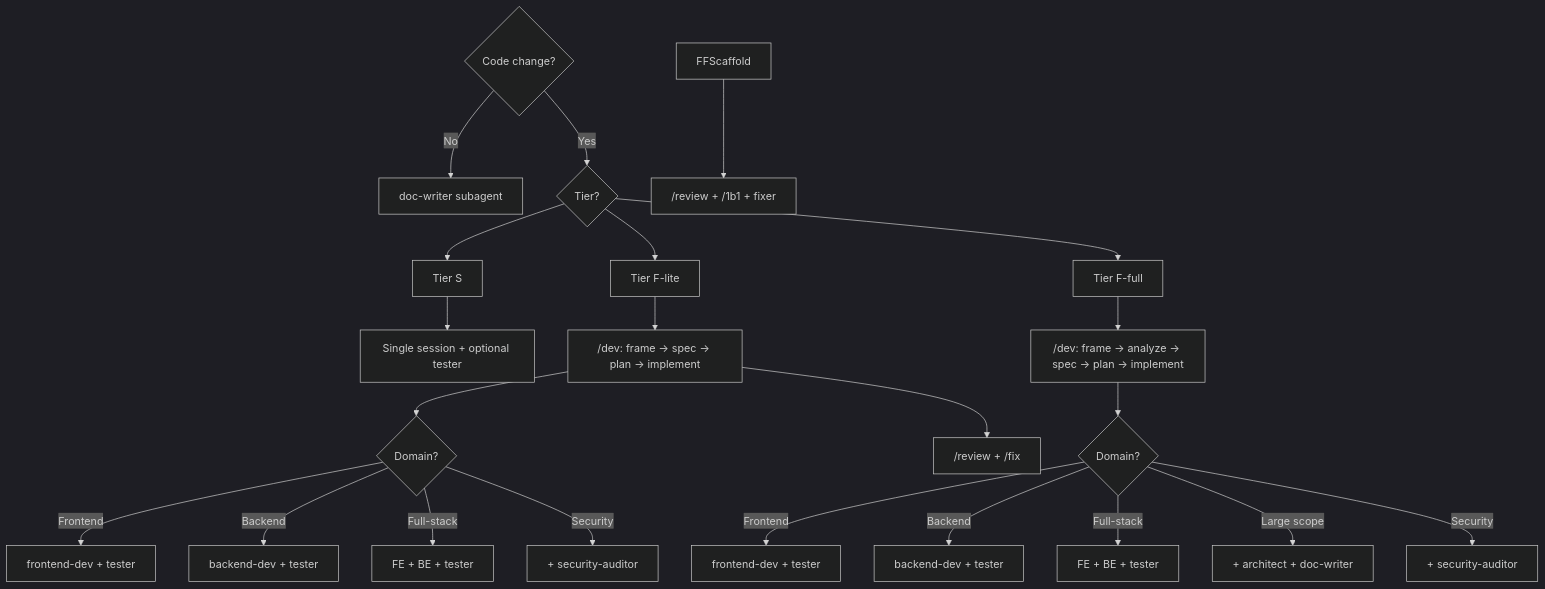
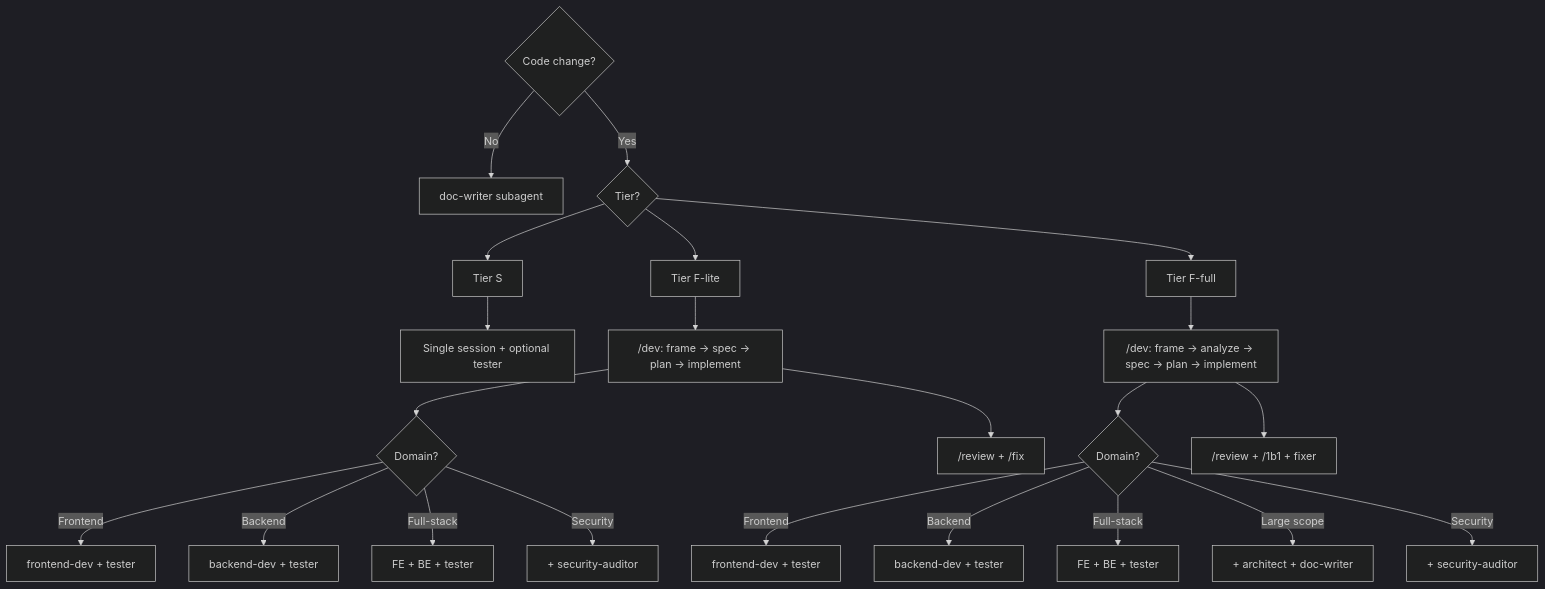
Before and after one commit to MickaelV0/roxabi_boilerplate: the first of 3 diagrams in docs/guides/agent-teams.mdx, drawn with Mermaid (dark theme). The commit also changed other lines of this file and 25 other files, not shown here.

````diff
--- a/docs/guides/agent-teams.mdx
+++ b/docs/guides/agent-teams.mdx
@@ -58,27 +58,27 @@
 ```mermaid
 flowchart TD
     Start{"Code change?"} -- No --> DocOnly["doc-writer subagent"]
     Start -- Yes --> Tier{"Tier?"}
 
     Tier --> S["Tier S"]
     S --> SSingle["Single session + optional tester"]
 
     Tier --> FL["Tier F-lite"]
     FL --> FLDev["/dev: frame → spec → plan → implement"]
     FLDev --> FLAgents{"Domain?"}
     FLAgents -->|Frontend| FE1["frontend-dev + tester"]
     FLAgents -->|Backend| BE1["backend-dev + tester"]
     FLAgents -->|Full-stack| FS1["FE + BE + tester"]
     FLAgents -->|Security| SEC1["+ security-auditor"]
     FLDev --> FLReview["/review + /fix"]
 
     Tier --> FF["Tier F-full"]
     FF --> FFDev["/dev: frame → analyze → spec → plan → implement"]
     FFDev --> FFAgents{"Domain?"}
     FFAgents -->|Frontend| FE2["frontend-dev + tester"]
     FFAgents -->|Backend| BE2["backend-dev + tester"]
     FFAgents -->|Full-stack| FS2["FE + BE + tester"]
     FFAgents -->|Large scope| LS["+ architect + doc-writer"]
     FFAgents -->|Security| SEC2["+ security-auditor"]
-    FFScaffold --> FFReview["/review + /1b1 + fixer"]
+    FFDev --> FFReview["/review + /1b1 + fixer"]
 ```
````
